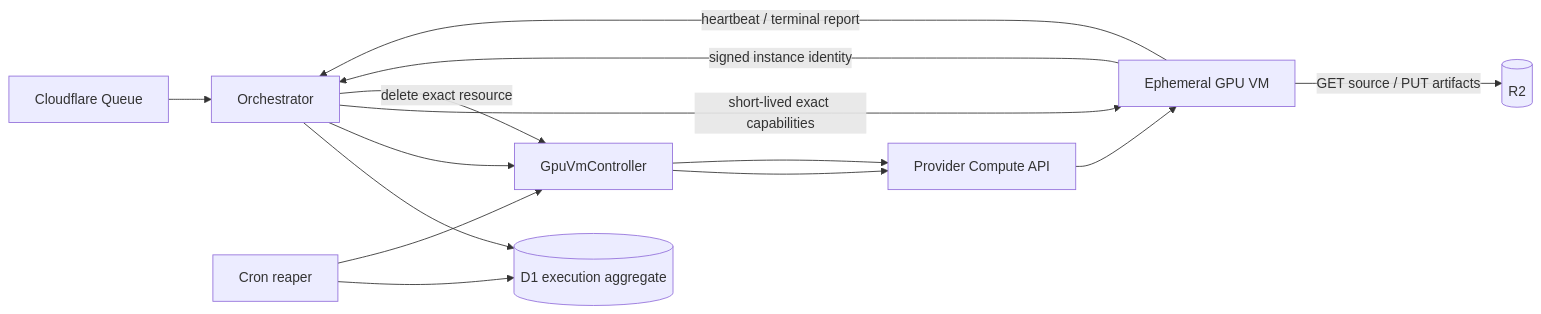
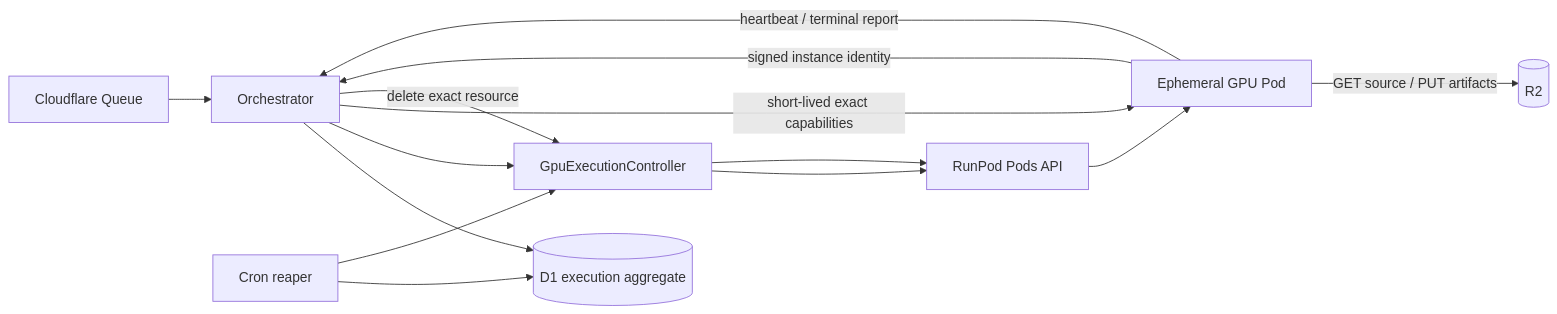
The diagram in docs/ephemeral-gpu-vm-design.md (hiro88hyo/scribe-drop), drawn with Mermaid before and after one commit. The commit also changed other lines of this file and 66 other files, not shown here.

````diff
--- a/docs/ephemeral-gpu-vm-design.md
+++ b/docs/ephemeral-gpu-vm-design.md
@@ -52,16 +60,16 @@
 ```mermaid
 flowchart LR
   Q[Cloudflare Queue] --> O[Orchestrator]
   O --> D[(D1 execution aggregate)]
-  O --> C[GpuVmController]
-  C --> P[Provider Compute API]
-  P --> V[Ephemeral GPU VM]
+  O --> C[GpuExecutionController]
+  C --> P[RunPod Pods API]
+  P --> V[Ephemeral GPU Pod]
   V -->|signed instance identity| O
   O -->|short-lived exact capabilities| V
   V -->|GET source / PUT artifacts| R[(R2)]
   V -->|heartbeat / terminal report| O
   O -->|delete exact resource| C
   C --> P
   X[Cron reaper] --> D
   X --> C
 ```
````
